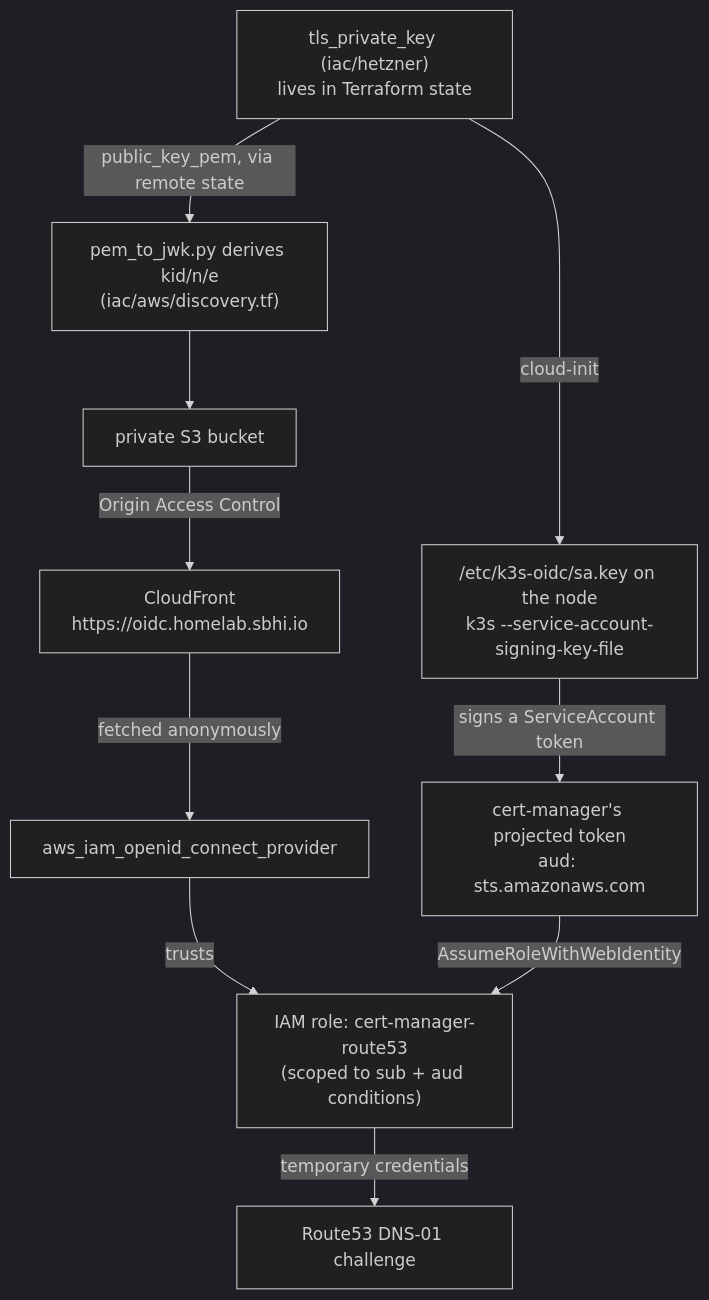
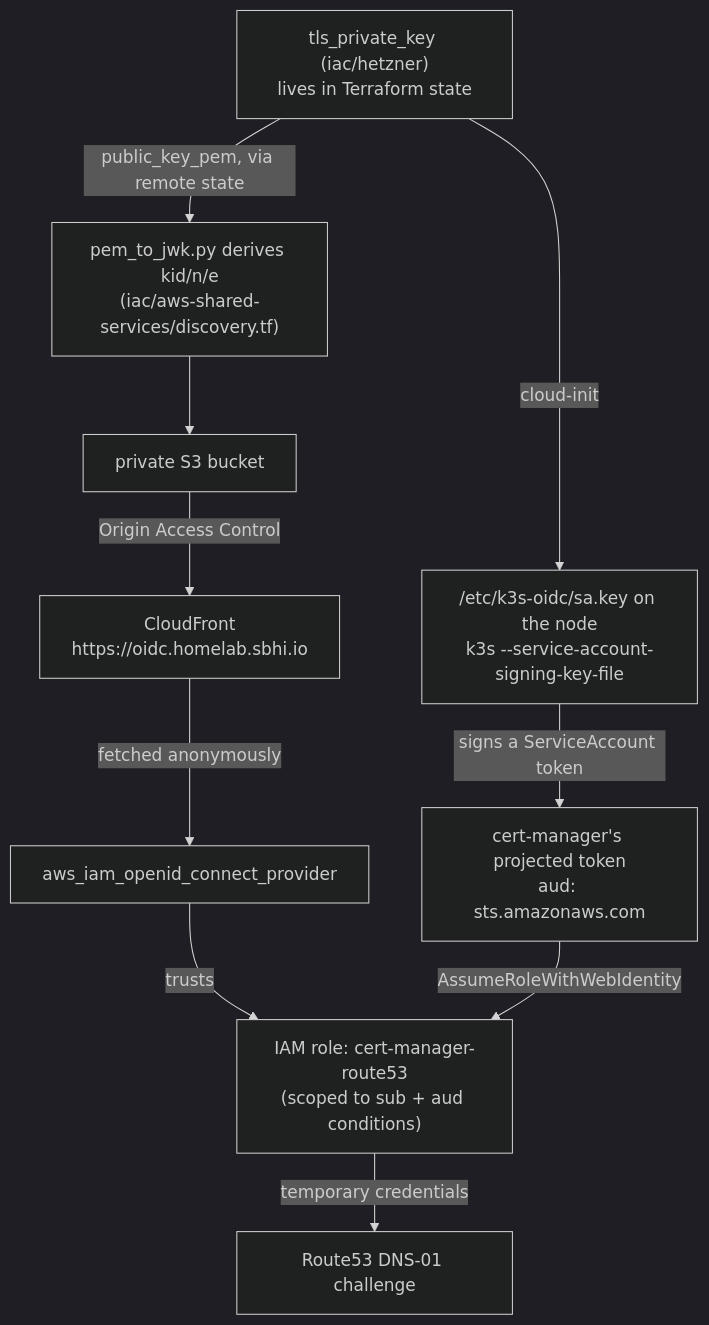
Before and after one commit to sbhiii/homelab: the second of 2 diagrams in docs/architecture.md, drawn with Mermaid (dark theme). The commit also changed other lines of this file and 22 other files, not shown here.

````diff
--- a/docs/architecture.md
+++ b/docs/architecture.md
@@ -62,13 +62,13 @@
 ```mermaid
 flowchart TD
     K["tls_private_key (iac/hetzner)\nlives in Terraform state"]
     K -->|cloud-init| N["/etc/k3s-oidc/sa.key on the node\nk3s --service-account-signing-key-file"]
-    K -->|public_key_pem, via remote state| J["pem_to_jwk.py derives kid/n/e\n(iac/aws/discovery.tf)"]
+    K -->|public_key_pem, via remote state| J["pem_to_jwk.py derives kid/n/e\n(iac/aws-shared-services/discovery.tf)"]
     J --> S["private S3 bucket"]
     S -->|Origin Access Control| C["CloudFront\nhttps://oidc.homelab.sbhi.io"]
     C -->|fetched anonymously| P["aws_iam_openid_connect_provider"]
     P -->|trusts| R["IAM role: cert-manager-route53\n(scoped to sub + aud conditions)"]
     N -->|signs a ServiceAccount token| T["cert-manager's projected token\naud: sts.amazonaws.com"]
     T -->|AssumeRoleWithWebIdentity| R
     R -->|temporary credentials| D["Route53 DNS-01 challenge"]
 ```
````
